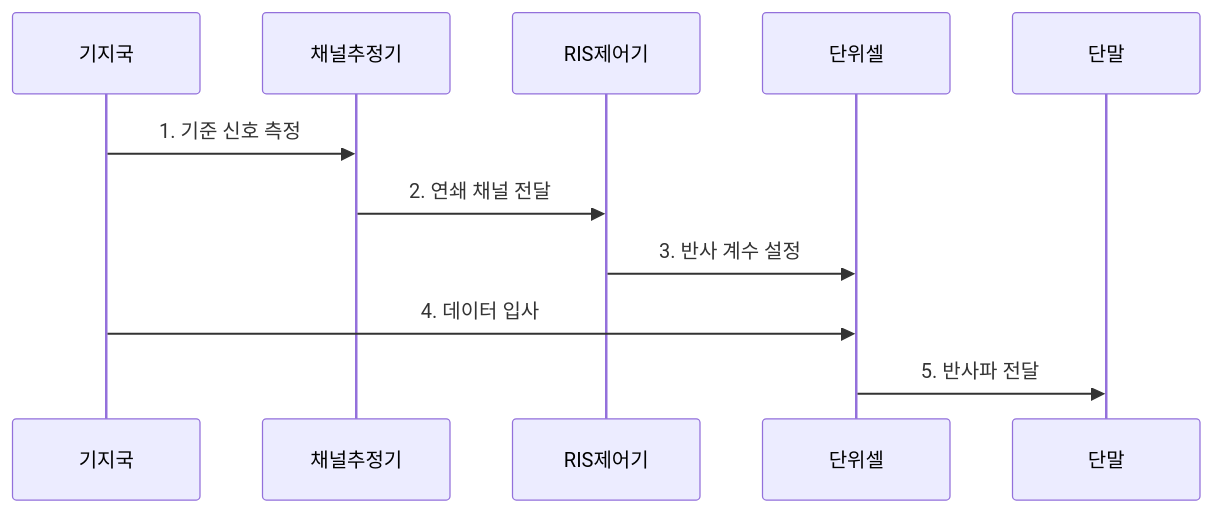
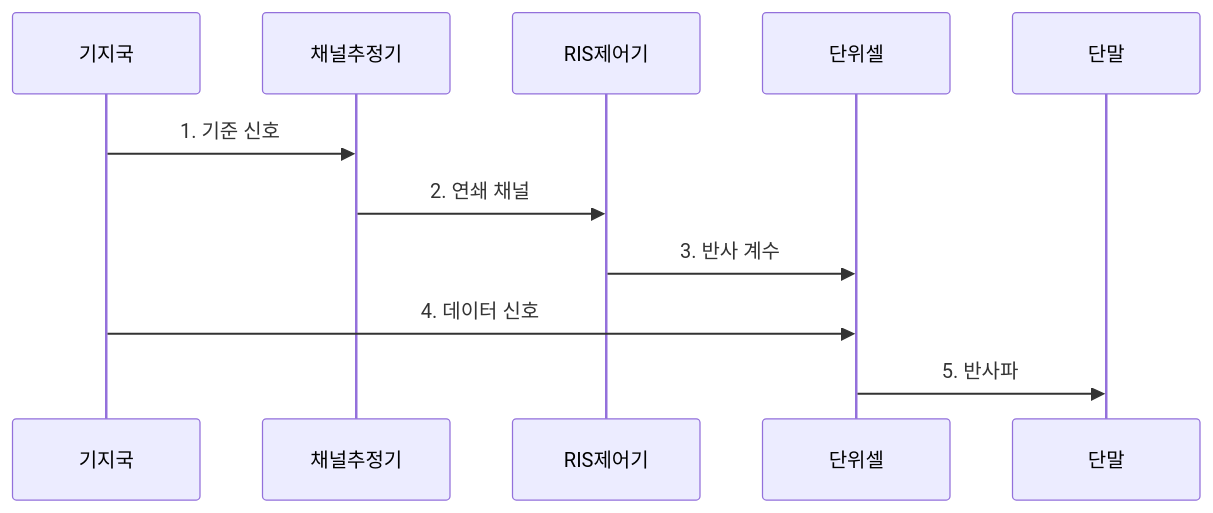
One commit to agnusdei1207/knowledge-base changed the second of 2 diagrams in src/content/docs/notes/04-network/043_reconfigurable_intelligent_surface.md. Above: the diagram before and after it, drawn with Mermaid. The commit also changed other lines of this file and 20 other files, not shown here.

````diff
--- a/src/content/docs/notes/04-network/043_reconfigurable_intelligent_surface.md
+++ b/src/content/docs/notes/04-network/043_reconfigurable_intelligent_surface.md
@@ -77,13 +79,13 @@
 ```mermaid
 sequenceDiagram
     participant 기지국
     participant 채널추정기
     participant RIS제어기
     participant 단위셀
     participant 단말
-    기지국->>채널추정기: 1. 기준 신호 측정
-    채널추정기->>RIS제어기: 2. 연쇄 채널 전달
-    RIS제어기->>단위셀: 3. 반사 계수 설정
-    기지국->>단위셀: 4. 데이터 입사
-    단위셀->>단말: 5. 반사파 전달
+    기지국->>채널추정기: 1. 기준 신호
+    채널추정기->>RIS제어기: 2. 연쇄 채널
+    RIS제어기->>단위셀: 3. 반사 계수
+    기지국->>단위셀: 4. 데이터 신호
+    단위셀->>단말: 5. 반사파
 ```
````
